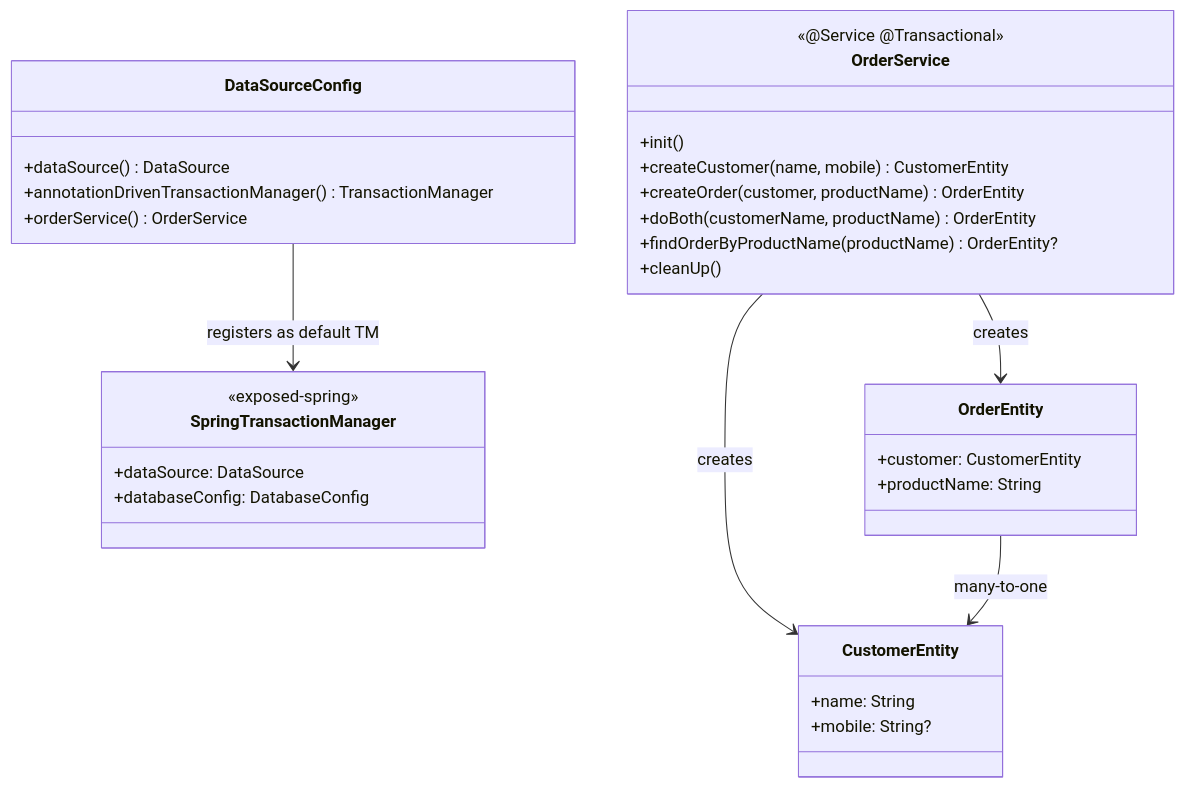
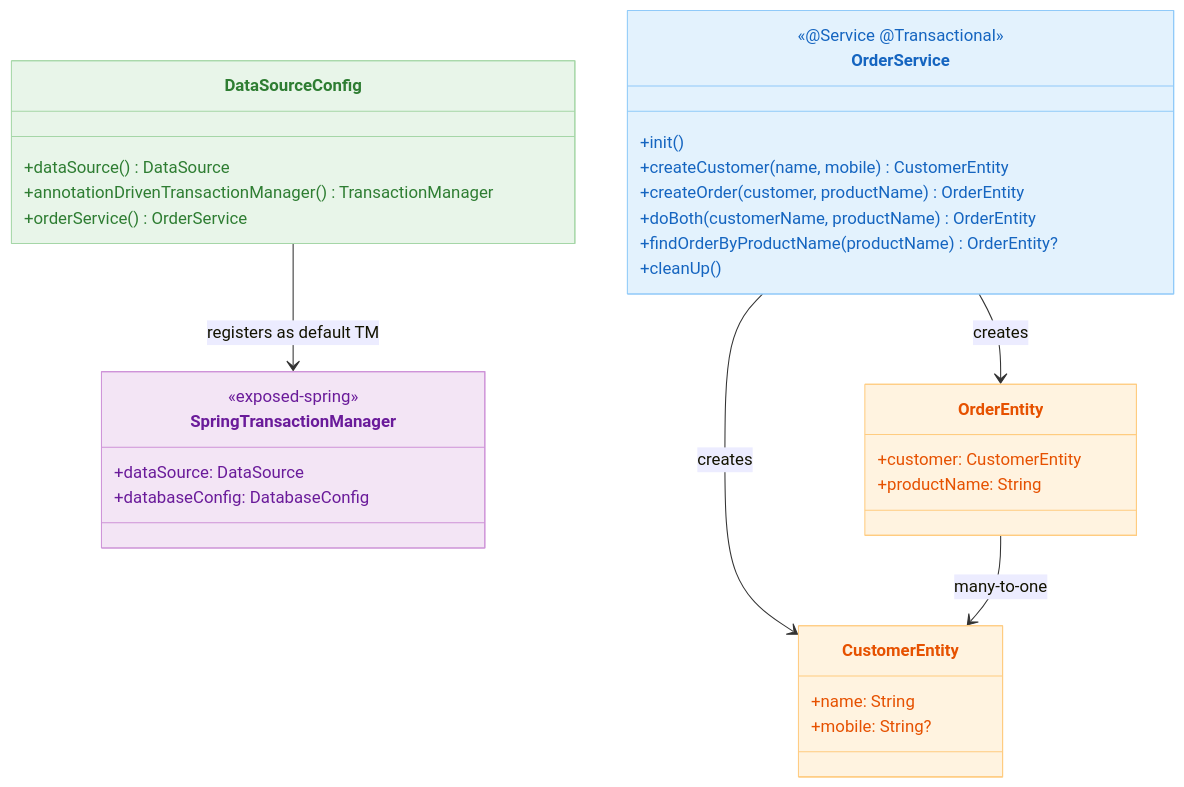
The first of 2 diagrams in 09-spring/03-spring-transaction/README.md (bluetape4k/exposed-workshop), drawn with Mermaid before and after one commit. The commit also changed 56 other files, not shown here.

First line of the commit message:
docs: 전체 README mermaid 다이어그램에 파스텔 톤 색상 적용

````diff
--- a/09-spring/03-spring-transaction/README.md
+++ b/09-spring/03-spring-transaction/README.md
@@ -19,35 +19,41 @@
 ```mermaid
 classDiagram
     class DataSourceConfig {
         +dataSource() DataSource
         +annotationDrivenTransactionManager() TransactionManager
         +orderService() OrderService
     }
     class SpringTransactionManager {
         <<exposed-spring>>
         +dataSource: DataSource
         +databaseConfig: DatabaseConfig
     }
     class OrderService {
         <<@Service @Transactional>>
         +init()
         +createCustomer(name, mobile) CustomerEntity
         +createOrder(customer, productName) OrderEntity
         +doBoth(customerName, productName) OrderEntity
         +findOrderByProductName(productName) OrderEntity?
         +cleanUp()
     }
     class CustomerEntity {
         +name: String
         +mobile: String?
     }
     class OrderEntity {
         +customer: CustomerEntity
         +productName: String
     }
 
     DataSourceConfig --> SpringTransactionManager : registers as default TM
     OrderService --> CustomerEntity : creates
     OrderService --> OrderEntity : creates
     OrderEntity --> CustomerEntity : many-to-one
+
+    style DataSourceConfig fill:#E8F5E9,stroke:#A5D6A7,color:#2E7D32
+    style SpringTransactionManager fill:#F3E5F5,stroke:#CE93D8,color:#6A1B9A
+    style OrderService fill:#E3F2FD,stroke:#90CAF9,color:#1565C0
+    style CustomerEntity fill:#FFF3E0,stroke:#FFCC80,color:#E65100
+    style OrderEntity fill:#FFF3E0,stroke:#FFCC80,color:#E65100
 ```
````
